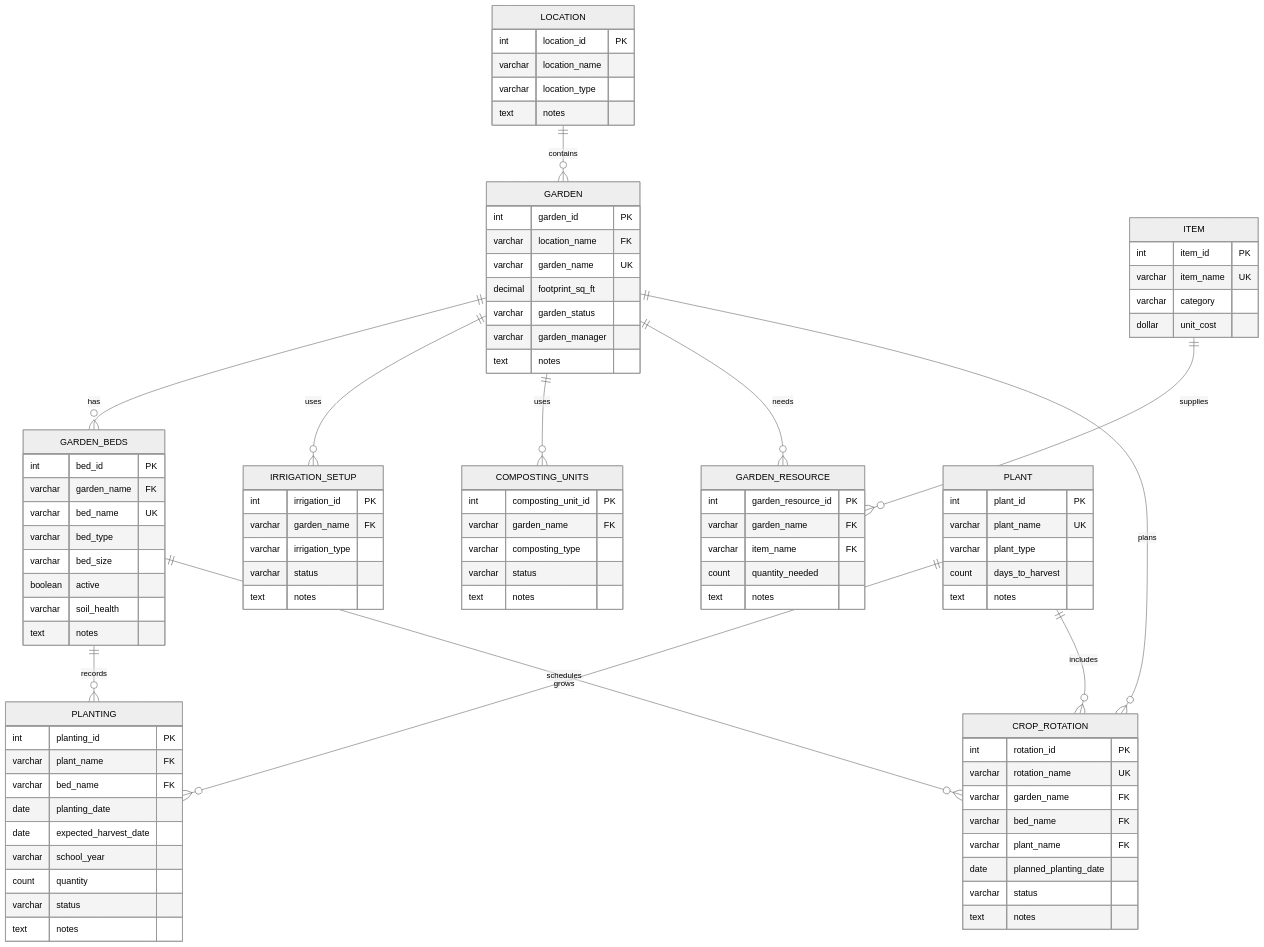
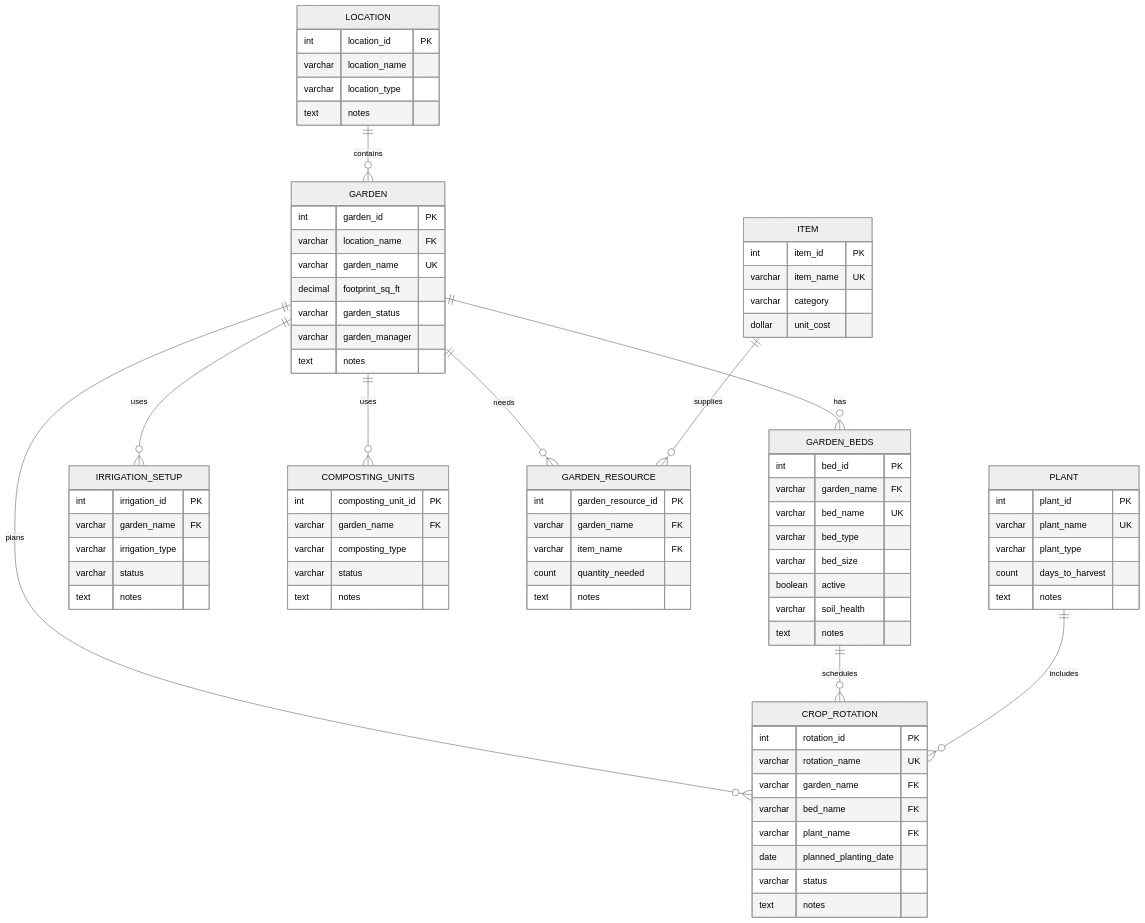
One commit to CrisOrnelas99/Garden-Database changed the second of 2 diagrams in README.md. Above: the diagram before and after it, drawn with Mermaid (neutral theme).

Commit message:
Remove PLANTING entity from README schema
Removed PLANTING entity and its relationships from the schema.

```diff
--- a/README.md
+++ b/README.md
@@ -100,8 +100,6 @@
     GARDEN ||--o{ COMPOSTING_UNITS : uses
     GARDEN ||--o{ GARDEN_RESOURCE : needs
     ITEM ||--o{ GARDEN_RESOURCE : supplies
-    GARDEN_BEDS ||--o{ PLANTING : records
-    PLANT ||--o{ PLANTING : grows
     GARDEN ||--o{ CROP_ROTATION : plans
     GARDEN_BEDS ||--o{ CROP_ROTATION : schedules
     PLANT ||--o{ CROP_ROTATION : includes
@@ -173,18 +171,6 @@
         text notes
     }
 
-    PLANTING {
-        int planting_id PK
-        varchar plant_name FK
-        varchar bed_name FK
-        date planting_date
-        date expected_harvest_date
-        varchar school_year
-        count quantity
-        varchar status
-        text notes
-    }
-
     CROP_ROTATION {
         int rotation_id PK
         varchar rotation_name UK
```
